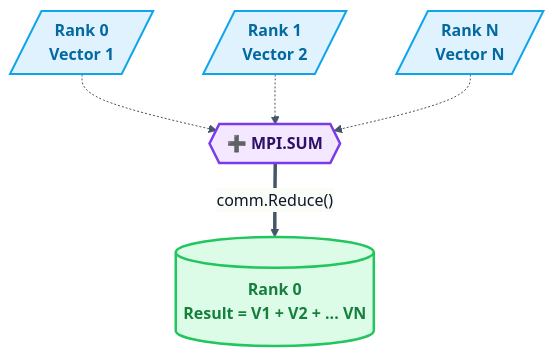
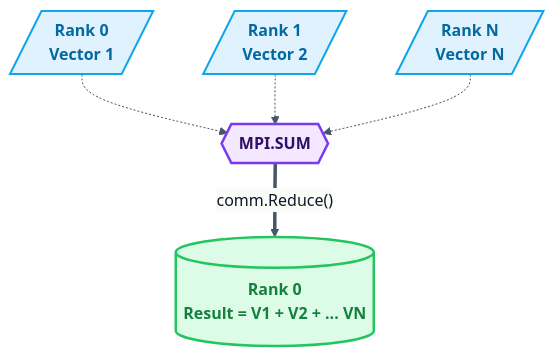
Before and after one commit to RameenAnwar/PDC-SP26-SE: the seventh of 8 diagrams in SyedMuhammadHuzaifaAshrafi-(23FA-035-SE)/Chapter04/README.md, drawn with Mermaid. The commit also changed other lines of this file and 5 other files, not shown here.

````diff
--- a/SyedMuhammadHuzaifaAshrafi-(23FA-035-SE)/Chapter04/README.md
+++ b/SyedMuhammadHuzaifaAshrafi-(23FA-035-SE)/Chapter04/README.md
@@ -196,24 +196,24 @@
 ```mermaid
 %%{init: {'theme': 'base', 'themeVariables': { 'lineColor': '#475569', 'primaryColor': '#f8fafc', 'primaryTextColor': '#0f172a', 'primaryBorderColor': '#cbd5e1' }}}%%
 flowchart TD
     %% Premium Reduce Pattern
     classDef compute fill:#f3e8ff,stroke:#7c3aed,stroke-width:2.5px,color:#2e1065,font-weight:bold
     classDef pass fill:#e0f2fe,stroke:#0ea5e9,stroke-width:2px,color:#0369a1,font-weight:bold
     classDef final fill:#dcfce7,stroke:#22c55e,stroke-width:2.5px,color:#15803d,font-weight:bold
 
     P1[/"Rank 0 <br> Vector 1"/]
     P2[/"Rank 1 <br> Vector 2"/]
     PX[/"Rank N <br> Vector N"/]
 
-    Sum{{"➕ MPI.SUM"}}
+    Sum{{"MPI.SUM"}}
     Root[("Rank 0 <br> Result = V1 + V2 + ... VN")]
 
     P1 -.-> Sum
     P2 -.-> Sum
     PX -.-> Sum
     Sum == "comm.Reduce()" ==> Root
 
     class P1,P2,PX pass
     class Sum compute
     class Root final
 ```
````
